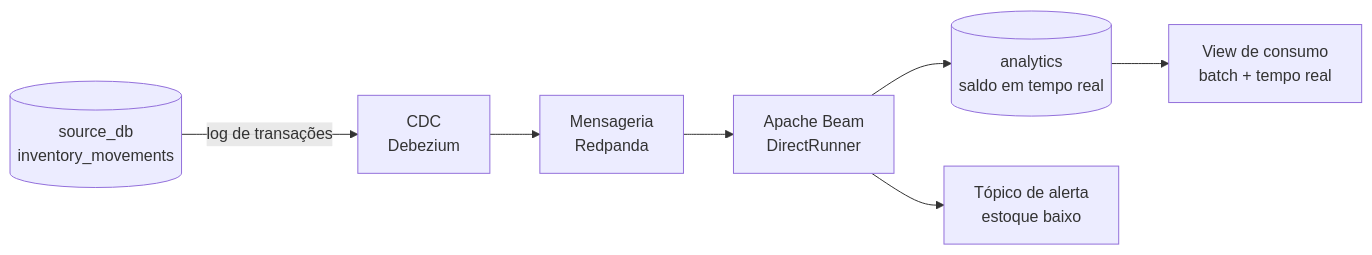
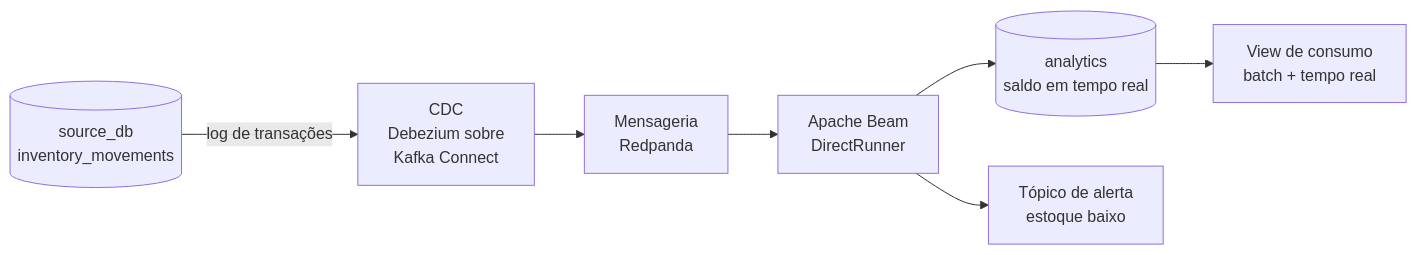
The diagram in docs/streaming.md (alencardoug/mvp_eng_dados_1), drawn with Mermaid before and after one commit. The commit also changed other lines of this file and 35 other files, not shown here.

````diff
--- a/docs/streaming.md
+++ b/docs/streaming.md
@@ -40,9 +40,9 @@
 ```mermaid
 flowchart LR
-    OLTP[("source_db<br/>inventory_movements")] -->|log de transações| CDC["CDC<br/>Debezium"]
+    OLTP[("source_db<br/>inventory_movements")] -->|log de transações| CDC["CDC<br/>Debezium sobre<br/>Kafka Connect"]
     CDC --> BUS["Mensageria<br/>Redpanda"]
     BUS --> BEAM["Apache Beam<br/>DirectRunner"]
     BEAM --> SINK[("analytics<br/>saldo em tempo real")]
     BEAM --> ALERT["Tópico de alerta<br/>estoque baixo"]
     SINK --> VIEW["View de consumo<br/>batch + tempo real"]
 ```
````
